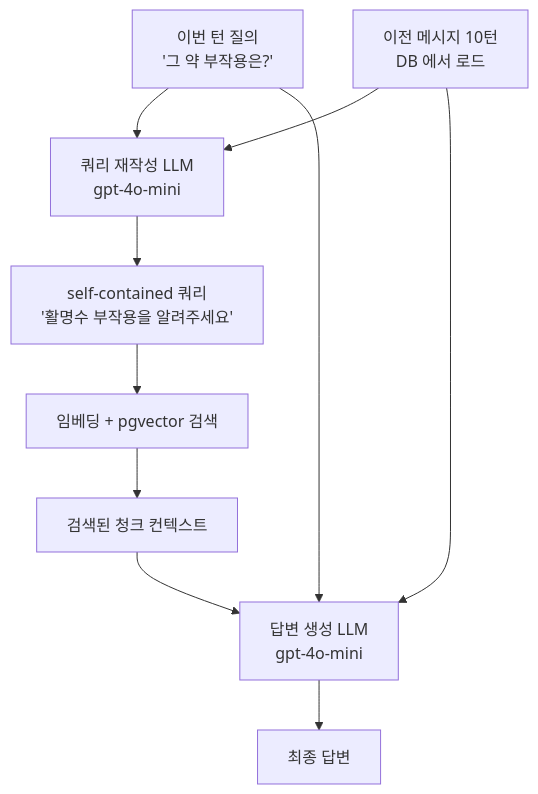
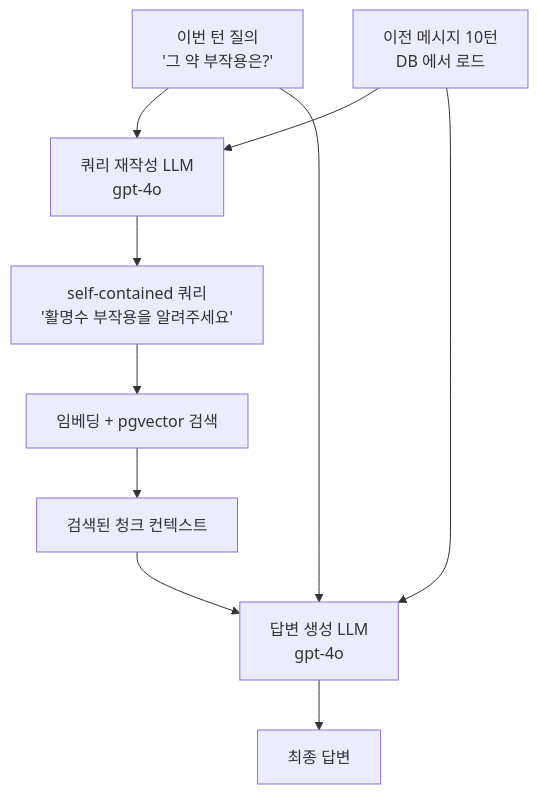
Before and after one commit to AI-HealthCare-02/AI_02_06: the fifth of 6 diagrams in docs/system_overview.md, drawn with Mermaid. The commit also changed other lines of this file and 9 other files, not shown here.

````diff
--- a/docs/system_overview.md
+++ b/docs/system_overview.md
@@ -320,17 +320,17 @@
 ```mermaid
 flowchart TD
     Q[이번 턴 질의<br/>'그 약 부작용은?']
     Hist[이전 메시지 10턴<br/>DB 에서 로드]
 
-    Q --> Rewrite[쿼리 재작성 LLM<br/>gpt-4o-mini]
+    Q --> Rewrite[쿼리 재작성 LLM<br/>gpt-4o]
     Hist --> Rewrite
     Rewrite --> R[self-contained 쿼리<br/>'활명수 부작용을 알려주세요']
 
     R --> Embed[임베딩 + pgvector 검색]
     Embed --> Ctx[검색된 청크 컨텍스트]
 
-    Ctx --> Gen[답변 생성 LLM<br/>gpt-4o-mini]
+    Ctx --> Gen[답변 생성 LLM<br/>gpt-4o]
     Hist --> Gen
     Q --> Gen
     Gen --> A[최종 답변]
 ```
````
